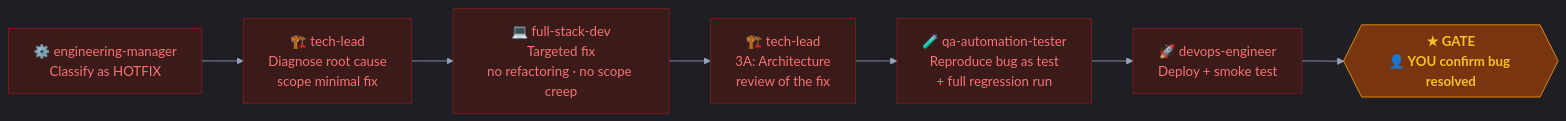
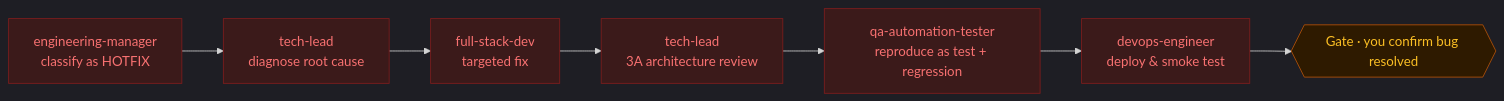
Before and after one commit to shanmuga-sundaram-n/personal-finance-tracker: the third of 7 diagrams in docs/agent-pipeline.md, drawn with Mermaid. The commit also changed other lines of this file, not shown here.

First line of the commit message:
docs: clean up Mermaid diagrams in agent-pipeline.md

````diff
--- a/docs/agent-pipeline.md
+++ b/docs/agent-pipeline.md
@@ -141,19 +131,19 @@
 ```mermaid
-%%{init: {'theme': 'dark', 'themeVariables': {'primaryColor': '#1e293b', 'primaryTextColor': '#e2e8f0', 'primaryBorderColor': '#334155', 'lineColor': '#94a3b8'}}}%%
+%%{init: {'theme': 'dark'}}%%
 flowchart LR
-    EM["⚙️ engineering-manager\nClassify as HOTFIX"]
-    TL1["🏗️ tech-lead\nDiagnose root cause\nscope minimal fix"]
-    FSD["💻 full-stack-dev\nTargeted fix\nno refactoring · no scope creep"]
-    TL2["🏗️ tech-lead\n3A: Architecture\nreview of the fix"]
-    QA["🧪 qa-automation-tester\nReproduce bug as test\n+ full regression run"]
-    DEV["🚀 devops-engineer\nDeploy + smoke test"]
-    GATE{{"★ GATE\n👤 YOU confirm bug resolved"}}
+    em[engineering-manager\nclassify as HOTFIX]
+    tl1[tech-lead\ndiagnose root cause]
+    fsd[full-stack-dev\ntargeted fix]
+    tl2[tech-lead\n3A architecture review]
+    qa[qa-automation-tester\nreproduce as test + regression]
+    dev[devops-engineer\ndeploy & smoke test]
+    gate{{Gate · you confirm bug resolved}}
 
-    EM --> TL1 --> FSD --> TL2 --> QA --> DEV --> GATE
+    em --> tl1 --> fsd --> tl2 --> qa --> dev --> gate
 
     classDef hotfix fill:#3b1a1a,stroke:#7f1d1d,color:#f87171
-    classDef gate   fill:#78350f,stroke:#f59e0b,color:#fbbf24,font-weight:bold
+    classDef gate   fill:#2e1a00,stroke:#b45309,color:#fbbf24
 
-    class EM,TL1,FSD,TL2,QA,DEV hotfix
-    class GATE gate
+    class em,tl1,fsd,tl2,qa,dev hotfix
+    class gate gate
 ```
````
